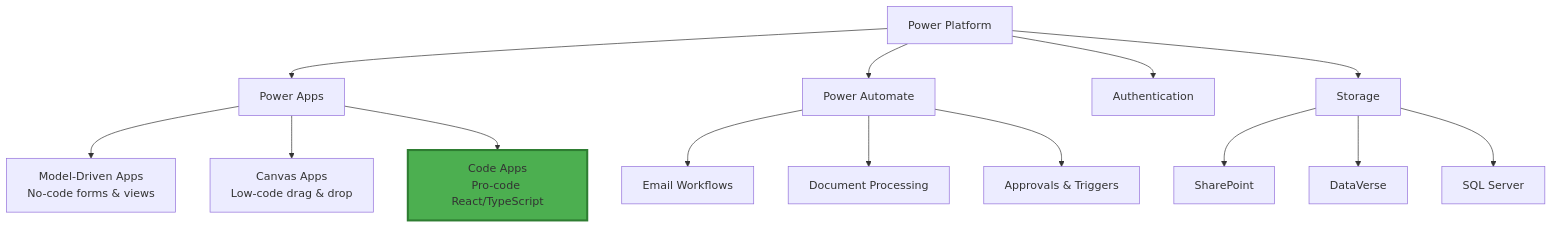
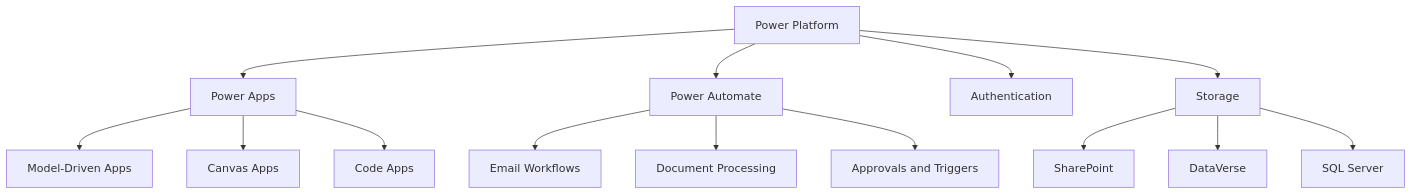
Before and after one commit to liwoo/personal-site-24: the first of 2 diagrams in src/content/post/the-power-platform-awakening.mdx, drawn with Mermaid. The commit also changed other lines of this file and 5 other files, not shown here.

Commit message:
added mermaid renderer

````diff
--- a/src/content/post/the-power-platform-awakening.mdx
+++ b/src/content/post/the-power-platform-awakening.mdx
@@ -72,21 +73,16 @@
 ```mermaid
 graph TB
     A[Power Platform] --> B[Power Apps]
     A --> C[Power Automate]
     A --> D[Authentication]
     A --> E[Storage]
-
-    B --> F[Model-Driven Apps<br/>No-code forms & views]
-    B --> G[Canvas Apps<br/>Low-code drag & drop]
-    B --> H[Code Apps<br/>Pro-code React/TypeScript]
-
+    B --> F[Model-Driven Apps]
+    B --> G[Canvas Apps]
+    B --> H[Code Apps]
     E --> I[SharePoint]
     E --> J[DataVerse]
     E --> K[SQL Server]
-
     C --> L[Email Workflows]
     C --> M[Document Processing]
-    C --> N[Approvals & Triggers]
-
-    style H fill:#4CAF50,stroke:#2E7D32,stroke-width:3px
+    C --> N[Approvals and Triggers]
 ```
````
